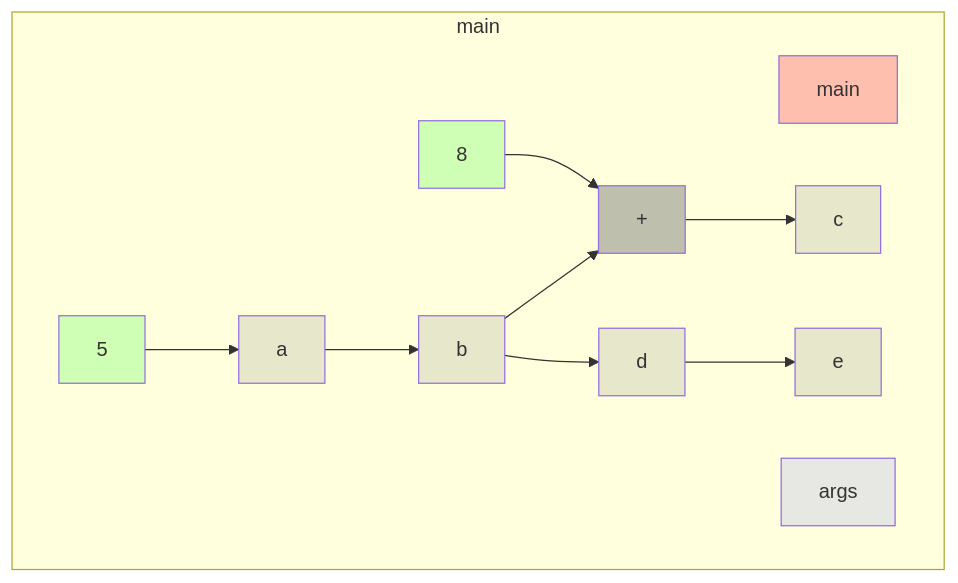
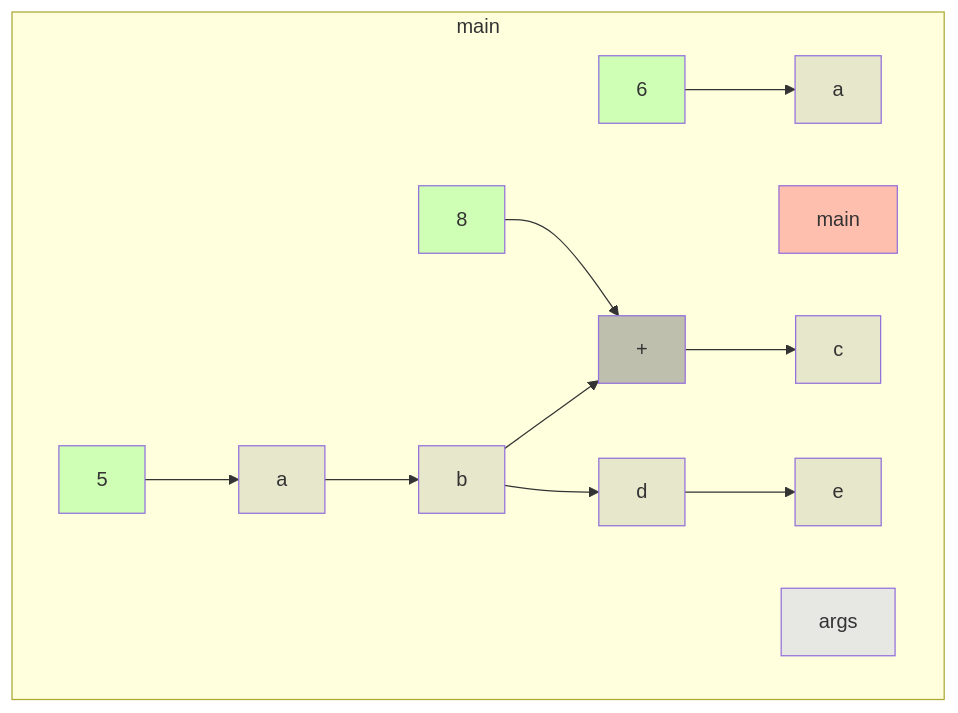
Before and after one commit to gstiebler/codeflow: the diagram in app/src/test/resources/base/truth.md, drawn with Mermaid. The commit also changed 1 other file, not shown here.

Commit message:
separate graph nodes, and nodes for variable

````diff
--- a/app/src/test/resources/base/truth.md
+++ b/app/src/test/resources/base/truth.md
@@ -1,27 +1,30 @@
 ```mermaid
 flowchart TD
   subgraph 4309014["main"]
+    12485[a]:::VARIABLE
     12536[d]:::VARIABLE
     56853577[main]:::RETURN
     390731536[5]:::LITERAL
     390732172[+]:::BIN_OP
     390732249[a]:::VARIABLE
     390732333[b]:::VARIABLE
     390732397[8]:::LITERAL
+    390732574[6]:::LITERAL
     390733089[c]:::VARIABLE
     390733287[e]:::VARIABLE
     441716369[args]:::FUNC_PARAM
     12536[d]:::VARIABLE --> 390733287[e]:::VARIABLE
     390731536[5]:::LITERAL --> 390732249[a]:::VARIABLE
     390732172[+]:::BIN_OP --> 390733089[c]:::VARIABLE
     390732249[a]:::VARIABLE --> 390732333[b]:::VARIABLE
     390732333[b]:::VARIABLE --> 390732172[+]:::BIN_OP
     390732333[b]:::VARIABLE --> 12536[d]:::VARIABLE
     390732397[8]:::LITERAL --> 390732172[+]:::BIN_OP
+    390732574[6]:::LITERAL --> 12485[a]:::VARIABLE
   end
   classDef LITERAL fill:#00FF0030
   classDef VARIABLE fill:#80808030
   classDef BIN_OP fill:#80808080
   classDef FUNC_PARAM fill:#8080FF30
   classDef RETURN fill:#FF808080
 ```
````
